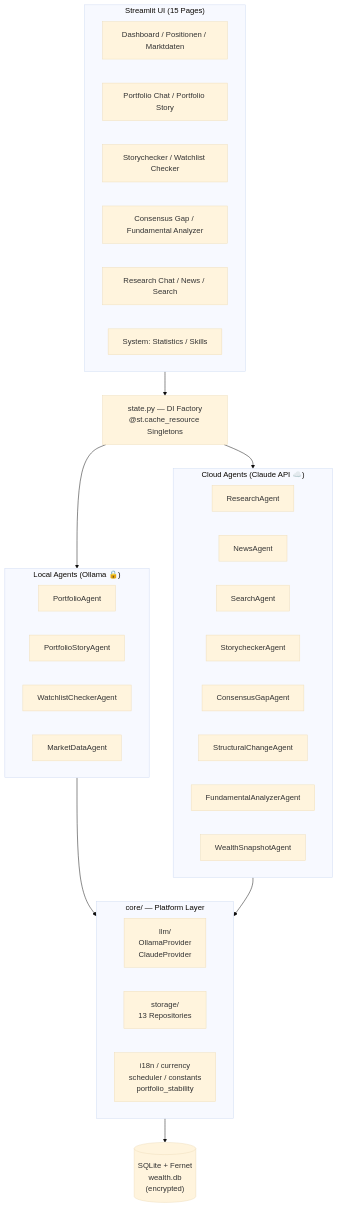
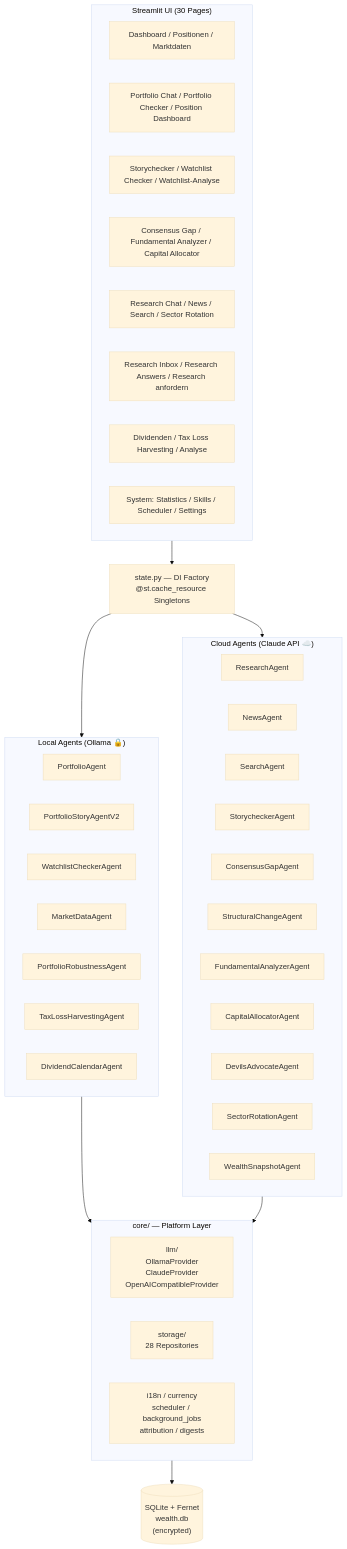
One commit to esc1899/wealth_management changed the first of 3 diagrams in ARCHITECTURE.md. Above: the diagram before and after it, drawn with Mermaid (base theme). The commit also changed other lines of this file and 2 other files, not shown here.

First line of the commit message:
docs: README, ARCHITECTURE, LEARNING_JOURNEYS auf Stand Juni 2026

````diff
--- a/ARCHITECTURE.md
+++ b/ARCHITECTURE.md
@@ -5,46 +5,54 @@
 ```mermaid
 graph TD
-    subgraph UI["Streamlit UI (15 Pages)"]
+    subgraph UI["Streamlit UI (30 Pages)"]
         PG1["Dashboard / Positionen / Marktdaten"]
-        PG2["Portfolio Chat / Portfolio Story"]
-        PG3["Storychecker / Watchlist Checker"]
-        PG4["Consensus Gap / Fundamental Analyzer"]
-        PG5["Research Chat / News / Search"]
-        PG6["System: Statistics / Skills"]
+        PG2["Portfolio Chat / Portfolio Checker / Position Dashboard"]
+        PG3["Storychecker / Watchlist Checker / Watchlist-Analyse"]
+        PG4["Consensus Gap / Fundamental Analyzer / Capital Allocator"]
+        PG5["Research Chat / News / Search / Sector Rotation"]
+        PG6["Research Inbox / Research Answers / Research anfordern"]
+        PG7["Dividenden / Tax Loss Harvesting / Analyse"]
+        PG8["System: Statistics / Skills / Scheduler / Settings"]
     end
 
     state["state.py — DI Factory<br/>@st.cache_resource Singletons"]
 
     subgraph Local["Local Agents (Ollama 🔒)"]
         PA["PortfolioAgent"]
-        PSA["PortfolioStoryAgent"]
+        PSA["PortfolioStoryAgentV2"]
         WCA["WatchlistCheckerAgent"]
         MDA["MarketDataAgent"]
+        PRA["PortfolioRobustnessAgent"]
+        TLH["TaxLossHarvestingAgent"]
+        DCA["DividendCalendarAgent"]
     end
 
     subgraph Cloud["Cloud Agents (Claude API ☁️)"]
         RA["ResearchAgent"]
         NA["NewsAgent"]
         SA["SearchAgent"]
         SCA["StorycheckerAgent"]
         CGA["ConsensusGapAgent"]
         STA["StructuralChangeAgent"]
         FAA["FundamentalAnalyzerAgent"]
+        CAA["CapitalAllocatorAgent"]
+        DAA["DevilsAdvocateAgent"]
+        SRA["SectorRotationAgent"]
         WSA["WealthSnapshotAgent"]
     end
 
     subgraph Core["core/ — Platform Layer"]
-        LLM["llm/<br/>OllamaProvider<br/>ClaudeProvider"]
-        STOR["storage/<br/>13 Repositories"]
-        UTIL["i18n / currency<br/>scheduler / constants<br/>portfolio_stability"]
+        LLM["llm/<br/>OllamaProvider<br/>ClaudeProvider<br/>OpenAICompatibleProvider"]
+        STOR["storage/<br/>28 Repositories"]
+        UTIL["i18n / currency<br/>scheduler / background_jobs<br/>attribution / digests"]
     end
 
     DB[("SQLite + Fernet<br/>wealth.db<br/>(encrypted)")]
 
     UI --> state
     state --> Local
     state --> Cloud
     Local --> Core
     Cloud --> Core
     Core --> DB
 ```
````
